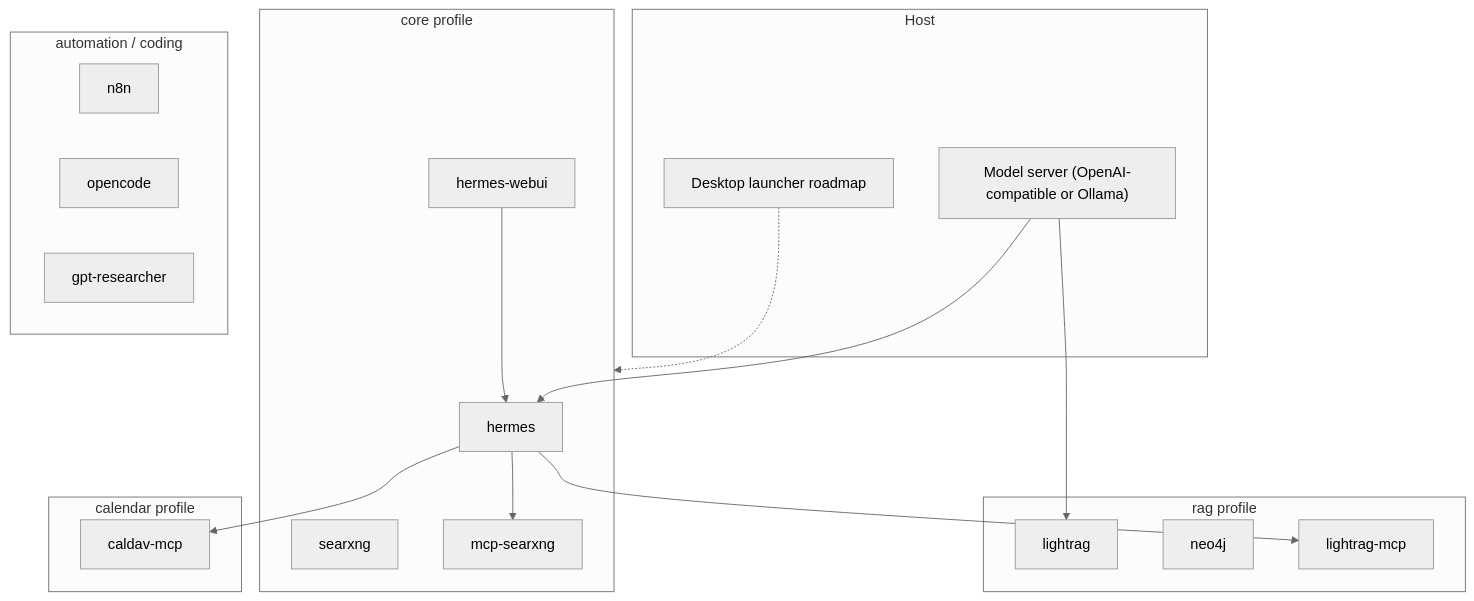
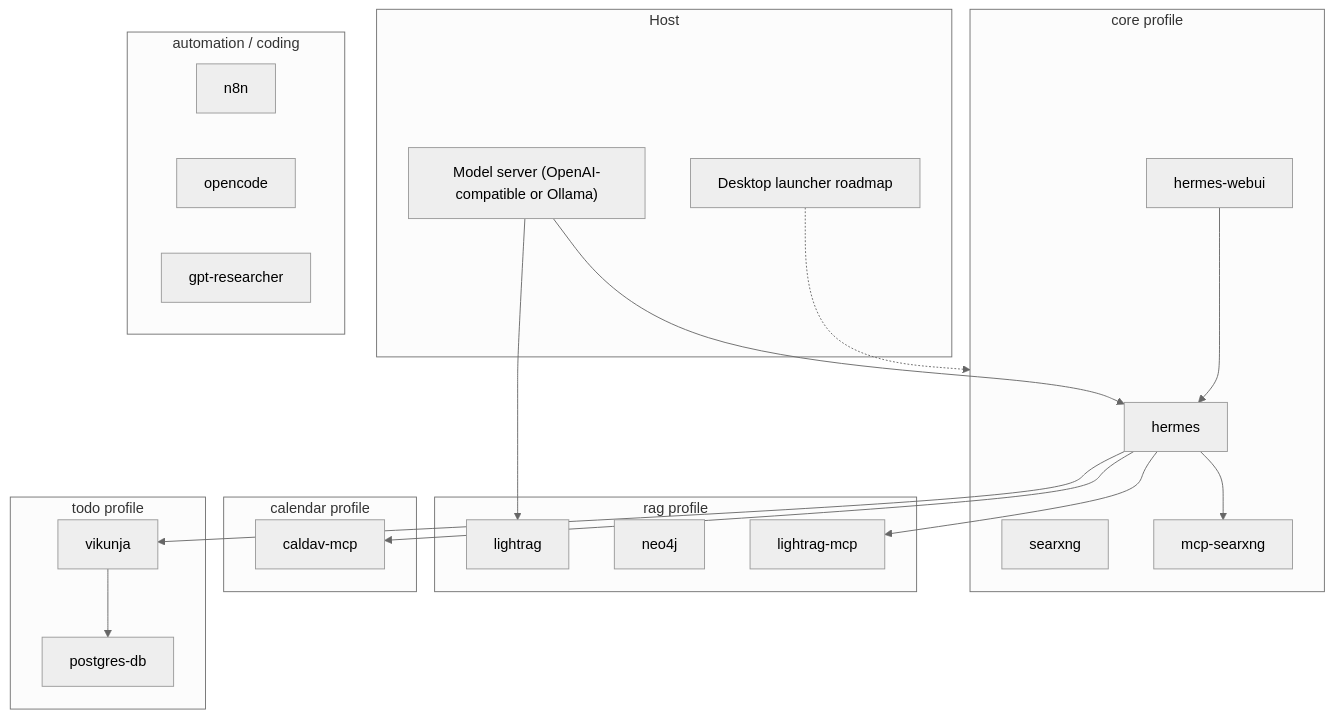
Before and after one commit to kaxline/sovereign-agent-stack: the diagram in README.md, drawn with Mermaid (neutral theme). The commit also changed other lines of this file and 19 other files, not shown here.

First line of the commit message:
Add opt-in todo profile with Vikunja and its MCP server

````diff
--- a/README.md
+++ b/README.md
@@ -30,33 +30,39 @@
 ```mermaid
 flowchart TB
   subgraph host [Host]
     LLM["Model server (OpenAI-compatible or Ollama)"]
     Desktop["Desktop launcher roadmap"]
   end
   subgraph core [core profile]
     Hermes[hermes]
     WebUI[hermes-webui]
     Searx[searxng]
     McpSearx[mcp-searxng]
   end
   subgraph rag [rag profile]
     LightRAG[lightrag]
     Neo4j[neo4j]
     LragMcp[lightrag-mcp]
   end
   subgraph calendar [calendar profile]
     CaldavMcp[caldav-mcp]
   end
+  subgraph todo [todo profile]
+    Vikunja[vikunja]
+    PgDb[postgres-db]
+  end
   subgraph tools [automation / coding]
     N8n[n8n]
     OpenCode[opencode]
     Gptr[gpt-researcher]
   end
   Desktop -.-> core
   LLM --> Hermes
   LLM --> LightRAG
   Hermes --> McpSearx
   Hermes --> LragMcp
   Hermes --> CaldavMcp
+  Hermes --> Vikunja
+  Vikunja --> PgDb
   WebUI --> Hermes
 ```
````
